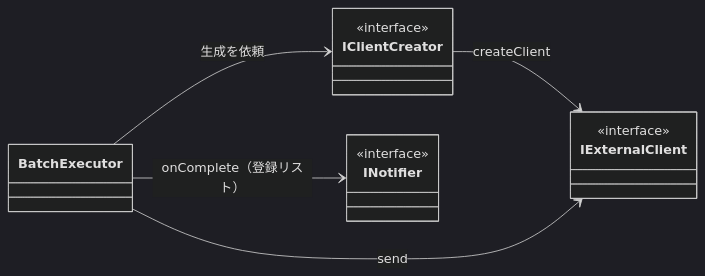
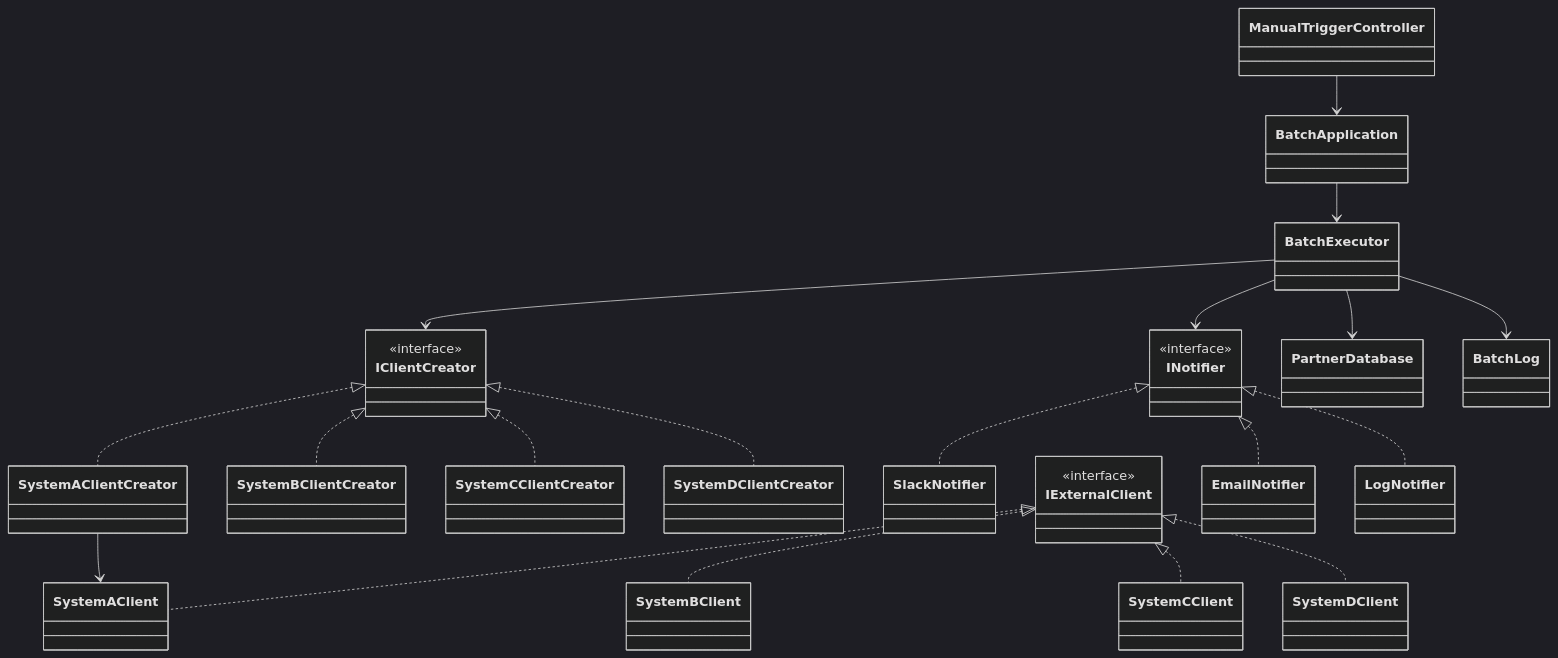
One commit to kumachan1101-pixel/DesignPattern changed the seventh of 12 diagrams in kindle/design-patterns/output/chapter10.md. Above: the diagram before and after it, drawn with Mermaid (dark theme). The commit also changed other lines of this file and 19 other files, not shown here.

````diff
--- a/kindle/design-patterns/output/chapter10.md
+++ b/kindle/design-patterns/output/chapter10.md
@@ -1376,11 +1169,40 @@
 ```mermaid
 classDiagram
-    direction LR
+    class PartnerDatabase
+    class BatchLog
+    class BatchApplication
+    class ManualTriggerController
+    class EmailNotifier
+    class LogNotifier
+    class SystemBClient
+    class SystemCClient
+    class SystemDClient
+    class SystemBClientCreator
+    class SystemCClientCreator
+    class SystemDClientCreator
+    class BatchExecutor
     class IExternalClient { <<interface>> }
     class IClientCreator { <<interface>> }
     class INotifier { <<interface>> }
-    BatchExecutor --> IClientCreator : 生成を依頼
-    IClientCreator --> IExternalClient : createClient
-    BatchExecutor --> IExternalClient : send
-    BatchExecutor --> INotifier : onComplete（登録リスト）
+    class SystemAClientCreator
+    class SystemAClient
+    class SlackNotifier
+    BatchExecutor --> IClientCreator
+    BatchExecutor --> INotifier
+    IClientCreator <|.. SystemAClientCreator
+    IExternalClient <|.. SystemAClient
+    SystemAClientCreator --> SystemAClient
+    INotifier <|.. SlackNotifier
+    INotifier <|.. EmailNotifier
+    INotifier <|.. LogNotifier
+    IExternalClient <|.. SystemBClient
+    IExternalClient <|.. SystemCClient
+    IExternalClient <|.. SystemDClient
+    IClientCreator <|.. SystemBClientCreator
+    IClientCreator <|.. SystemCClientCreator
+    IClientCreator <|.. SystemDClientCreator
+    BatchExecutor --> PartnerDatabase
+    BatchExecutor --> BatchLog
+    BatchApplication --> BatchExecutor
+    ManualTriggerController --> BatchApplication
 ```
````
